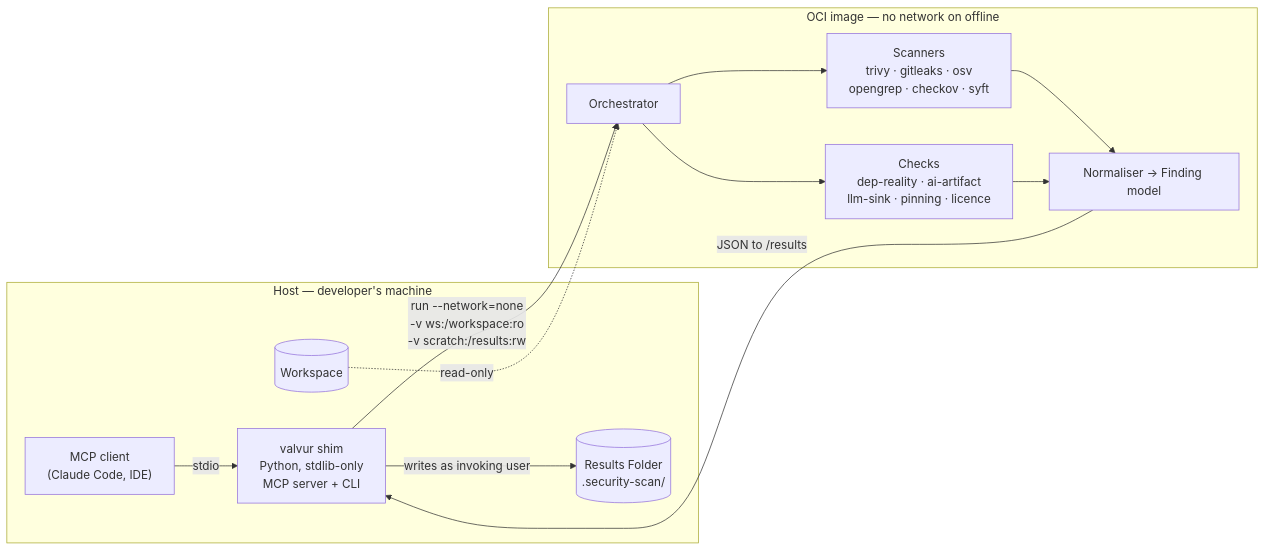
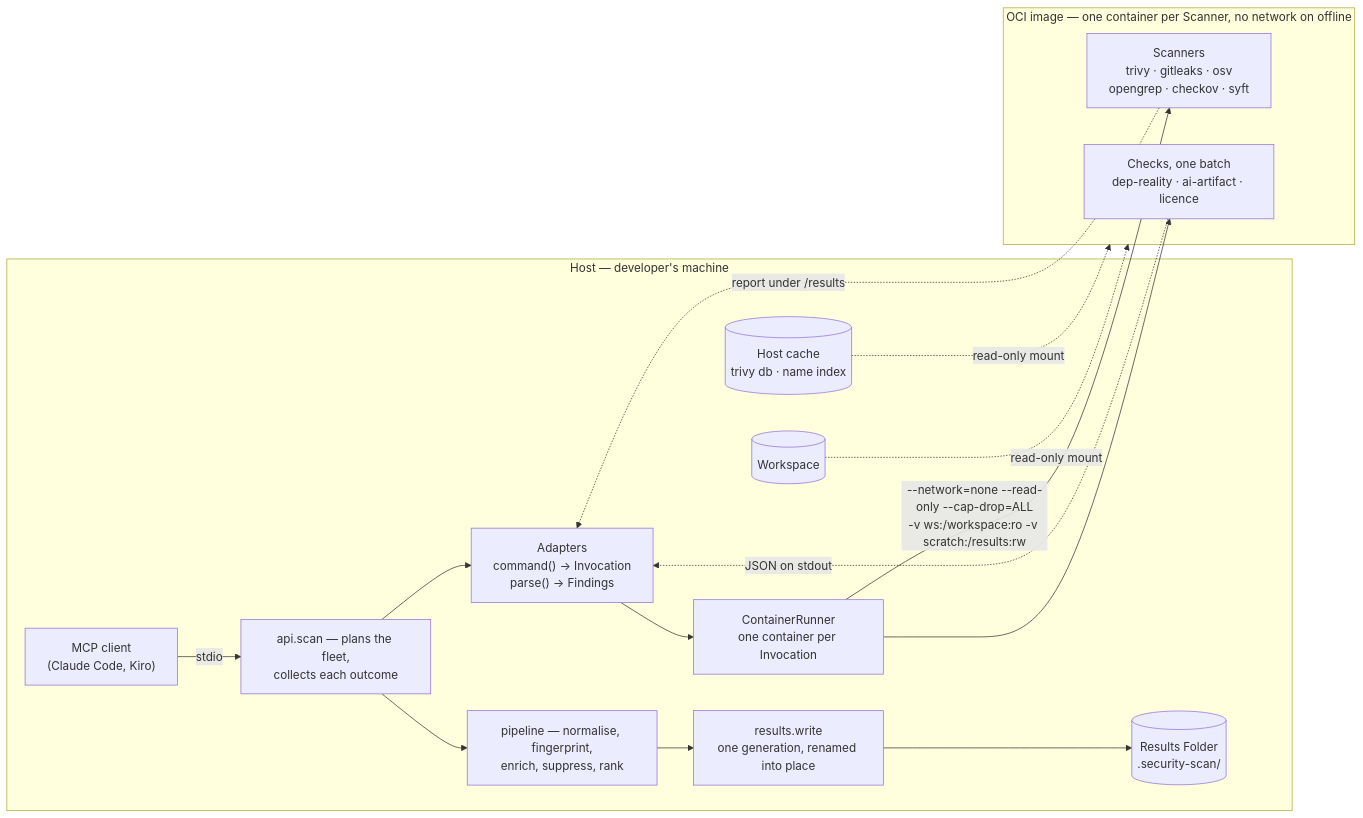
The diagram in .kiro/specs/valvur/design.md (MaverickHQ/valvur), drawn with Mermaid before and after one commit. The commit also changed other lines of this file and 1 other file, not shown here.

First line of the commit message:
docs: design.md is drawn as built — the orchestrator is host-side, §5.1 reads seven ecosystems (27.2.2)

````diff
--- a/.kiro/specs/valvur/design.md
+++ b/.kiro/specs/valvur/design.md
@@ -14,22 +14,27 @@
 ```mermaid
 flowchart LR
   subgraph host["Host — developer's machine"]
-    agent["MCP client<br/>(Claude Code, IDE)"]
-    shim["valvur shim<br/>Python, stdlib-only<br/>MCP server + CLI"]
+    agent["MCP client<br/>(Claude Code, Kiro)"]
+    api["api.scan — plans the fleet,<br/>collects each outcome"]
+    adapters["Adapters<br/>command() → Invocation<br/>parse() → Findings"]
+    runner["ContainerRunner<br/>one container per Invocation"]
+    pipe["pipeline — normalise, fingerprint,<br/>enrich, suppress, rank"]
+    results["results.write<br/>one generation, renamed into place"]
     ws[("Workspace")]
     rf[("Results Folder<br/>.security-scan/")]
+    cache[("Host cache<br/>trivy db · name index")]
   end
-  subgraph img["OCI image — no network on offline"]
-    orch["Orchestrator"]
+  subgraph img["OCI image — one container per Scanner, no network on offline"]
     sc["Scanners<br/>trivy · gitleaks · osv<br/>opengrep · checkov · syft"]
-    ck["Checks<br/>dep-reality · ai-artifact<br/>llm-sink · pinning · licence"]
-    norm["Normaliser → Finding model"]
+    ck["Checks, one batch<br/>dep-reality · ai-artifact · licence"]
   end
-  agent -->|stdio| shim
-  shim -->|"run --network=none<br/>-v ws:/workspace:ro<br/>-v scratch:/results:rw"| orch
-  orch --> sc --> norm
-  orch --> ck --> norm
-  norm -->|"JSON to /results"| shim
-  shim -->|writes as invoking user| rf
-  ws -.->|read-only| orch
+  agent -->|stdio| api
+  api --> adapters --> runner
+  runner -->|"--network=none --read-only --cap-drop=ALL<br/>-v ws:/workspace:ro -v scratch:/results:rw"| sc
+  runner --> ck
+  sc -.->|report under /results| adapters
+  ck -.->|JSON on stdout| adapters
+  api --> pipe --> results --> rf
+  ws -.->|read-only mount| img
+  cache -.->|read-only mount| img
 ```
````
